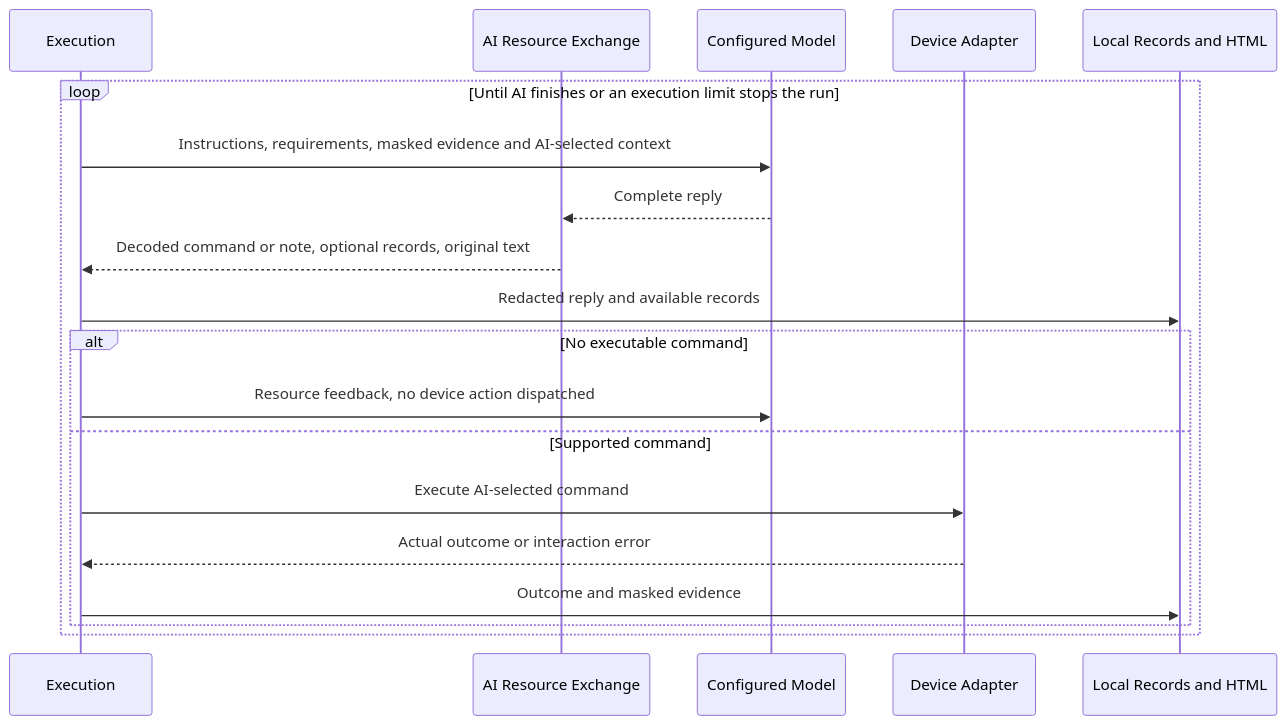
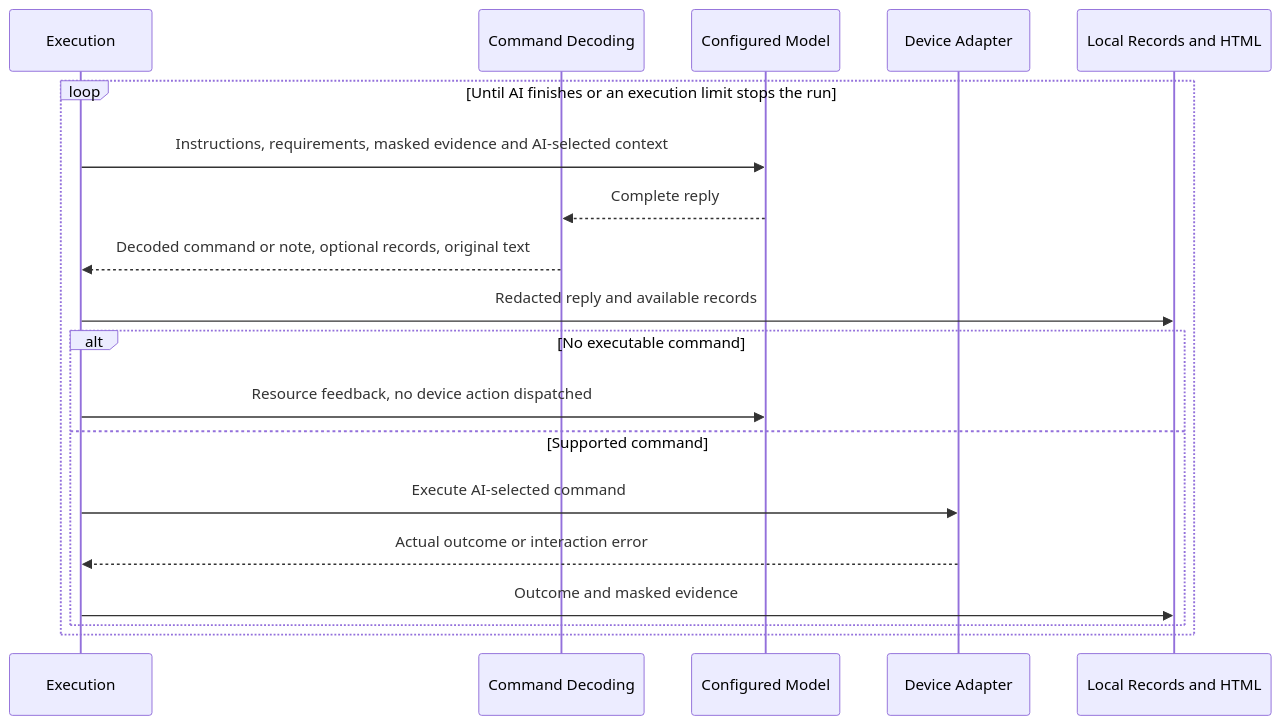
The diagram in docs/ai-resource-exchange.md (Richard032/CIMT), drawn with Mermaid before and after one commit. The commit also changed other lines of this file and 25 other files, not shown here.

````diff
--- a/docs/ai-resource-exchange.md
+++ b/docs/ai-resource-exchange.md
@@ -51,21 +51,21 @@
 ```mermaid
 sequenceDiagram
     participant Run as Execution
-    participant Resources as AI Resource Exchange
+    participant Resources as Command Decoding
     participant AI as Configured Model
     participant Device as Device Adapter
     participant Records as Local Records and HTML
     loop Until AI finishes or an execution limit stops the run
         Run->>AI: Instructions, requirements, masked evidence and AI-selected context
         AI-->>Resources: Complete reply
         Resources-->>Run: Decoded command or note, optional records, original text
         Run->>Records: Redacted reply and available records
         alt No executable command
             Run->>AI: Resource feedback, no device action dispatched
         else Supported command
             Run->>Device: Execute AI-selected command
             Device-->>Run: Actual outcome or interaction error
             Run->>Records: Outcome and masked evidence
         end
     end
 ```
````
